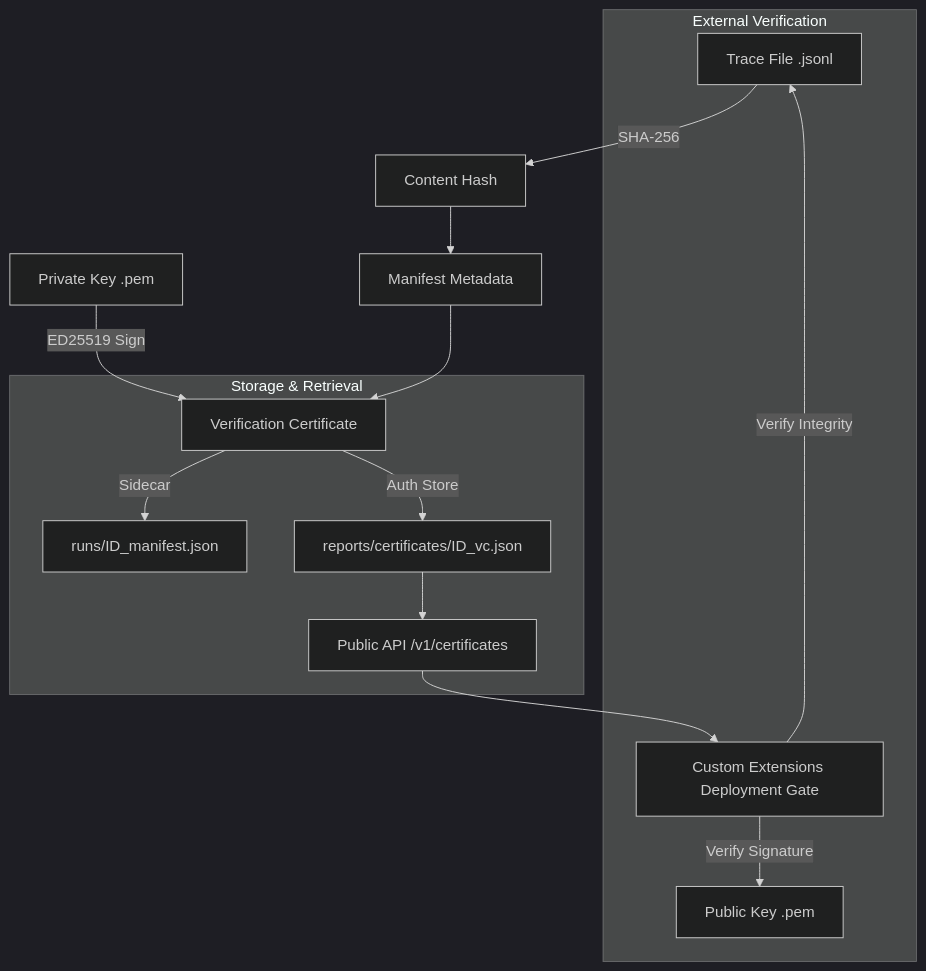
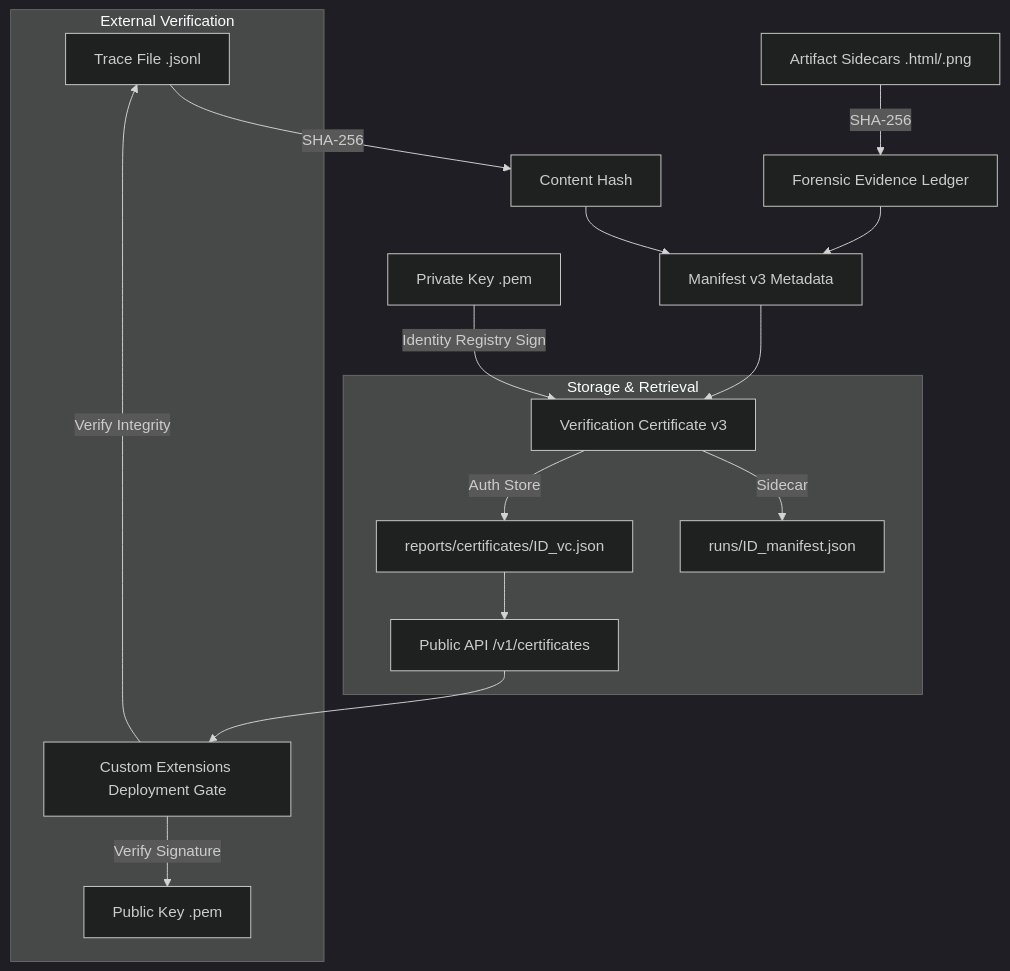
Before and after one commit to najeed/ai-agent-eval-harness: the diagram in docs-old/spec/trust_protocol_spec_v1.md, drawn with Mermaid (dark theme). The commit also changed other lines of this file and 5182 other files, not shown here.

Commit message:
aes 1.4; rearchitect trust protocol; forensics; configs; api access

````diff
--- a/docs-old/spec/trust_protocol_spec_v1.md
+++ b/docs-old/spec/trust_protocol_spec_v1.md
@@ -4,19 +4,21 @@
 ```mermaid
 graph TD
     A[Trace File .jsonl] -->|SHA-256| B[Content Hash]
-    B --> C[Manifest Metadata]
-    D[Private Key .pem] -->|ED25519 Sign| E[Verification Certificate]
+    B --> C[Manifest v3 Metadata]
+    S[Artifact Sidecars .html/.png] -->|SHA-256| L[Forensic Evidence Ledger]
+    L --> C
+    D[Private Key .pem] -->|Identity Registry Sign| E[Verification Certificate v3]
     C --> E
     
     subgraph "Storage & Retrieval"
         E -->|Sidecar| F[runs/ID_manifest.json]
         E -->|Auth Store| G[reports/certificates/ID_vc.json]
         G --> H[Public API /v1/certificates]
     end
     
     subgraph "External Verification"
         H --> I[Custom Extensions Deployment Gate]
         I -->|Verify Signature| J[Public Key .pem]
         I -->|Verify Integrity| A
     end
 ```
````
